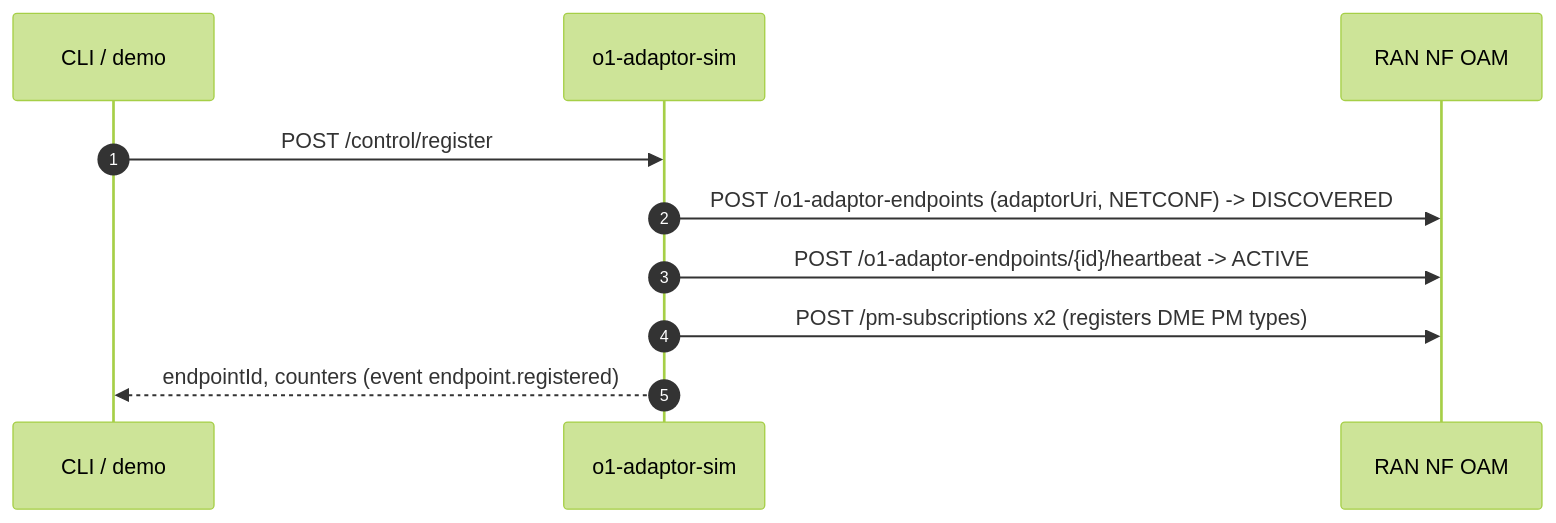
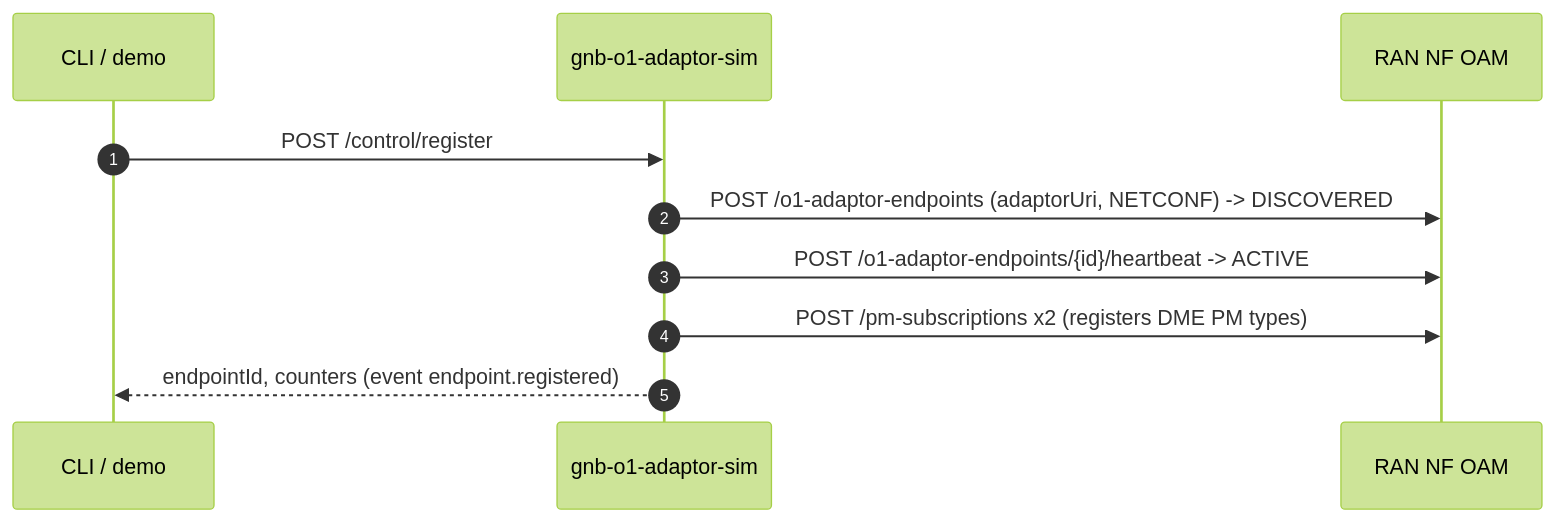
One commit to rsys-bshankar/ai-ran-ref changed the first of 4 diagrams in smo/samples/tx-muting-rapp/README.md. Above: the diagram before and after it, drawn with Mermaid (forest theme). The commit also changed other lines of this file and 20 other files, not shown here.

````diff
--- a/smo/samples/tx-muting-rapp/README.md
+++ b/smo/samples/tx-muting-rapp/README.md
@@ -209,12 +209,12 @@
 ```mermaid
 sequenceDiagram
     autonumber
     participant OP as CLI / demo
-    participant AD as o1-adaptor-sim
+    participant AD as gnb-o1-adaptor-sim
     participant NF as RAN NF OAM
     OP->>AD: POST /control/register
     AD->>NF: POST /o1-adaptor-endpoints (adaptorUri, NETCONF) -> DISCOVERED
     AD->>NF: POST /o1-adaptor-endpoints/{id}/heartbeat -> ACTIVE
     AD->>NF: POST /pm-subscriptions x2 (registers DME PM types)
     AD-->>OP: endpointId, counters (event endpoint.registered)
 ```
````
